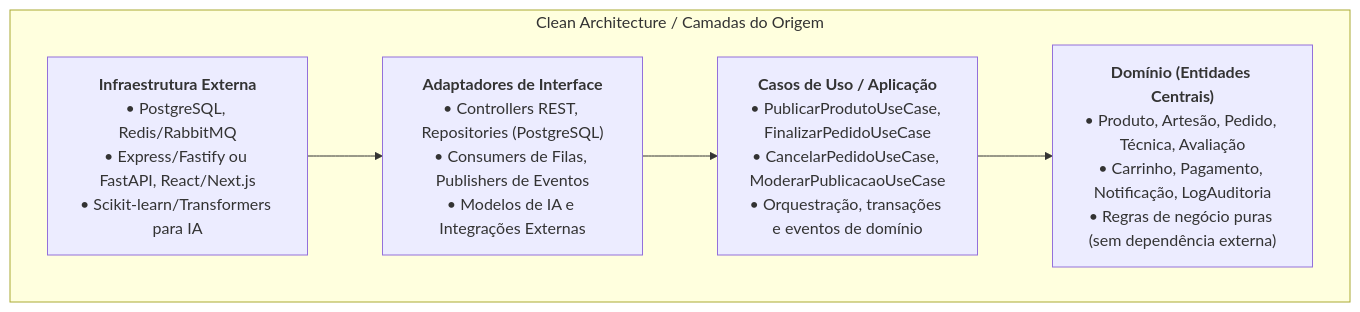
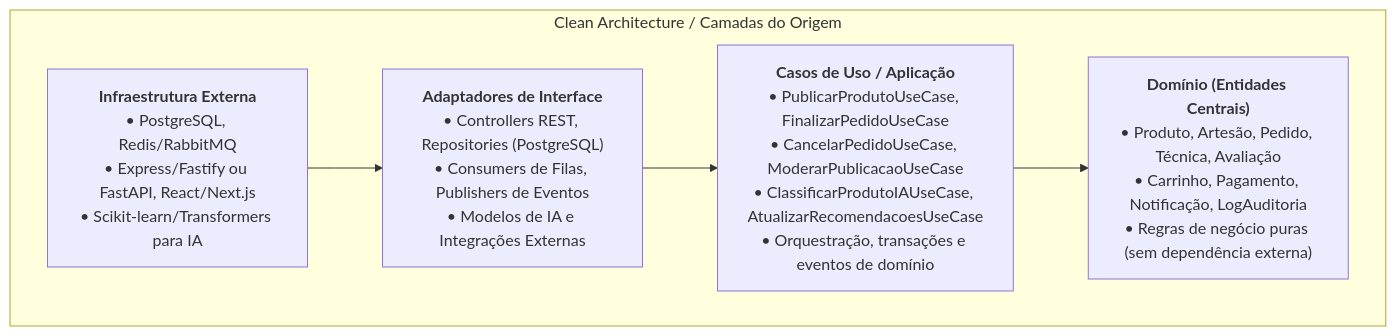
Before and after one commit to LouisLuos/Origem: the first of 3 diagrams in docs/06-requisitos-nao-funcionais-e-arquitetura.md, drawn with Mermaid. The commit also changed other lines of this file, not shown here.

````diff
--- a/docs/06-requisitos-nao-funcionais-e-arquitetura.md
+++ b/docs/06-requisitos-nao-funcionais-e-arquitetura.md
@@ -156,13 +161,13 @@
 ```mermaid
 flowchart TD
     subgraph "Clean Architecture / Camadas do Origem"
         Domain["<b>Domínio (Entidades Centrais)</b><br>• Produto, Artesão, Pedido, Técnica, Avaliação<br>• Carrinho, Pagamento, Notificação, LogAuditoria<br>• Regras de negócio puras (sem dependência externa)"]
-        UseCases["<b>Casos de Uso / Aplicação</b><br>• PublicarProdutoUseCase, FinalizarPedidoUseCase<br>• CancelarPedidoUseCase, ModerarPublicacaoUseCase<br>• Orquestração, transações e eventos de domínio"]
+        UseCases["<b>Casos de Uso / Aplicação</b><br>• PublicarProdutoUseCase, FinalizarPedidoUseCase<br>• CancelarPedidoUseCase, ModerarPublicacaoUseCase<br>• ClassificarProdutoIAUseCase, AtualizarRecomendacoesUseCase<br>• Orquestração, transações e eventos de domínio"]
         Adapters["<b>Adaptadores de Interface</b><br>• Controllers REST, Repositories (PostgreSQL)<br>• Consumers de Filas, Publishers de Eventos<br>• Modelos de IA e Integrações Externas"]
         Infrastructure["<b>Infraestrutura Externa</b><br>• PostgreSQL, Redis/RabbitMQ<br>• Express/Fastify ou FastAPI, React/Next.js<br>• Scikit-learn/Transformers para IA"]
     end
 
     Infrastructure --> Adapters
     Adapters --> UseCases
     UseCases --> Domain
 ```
````
